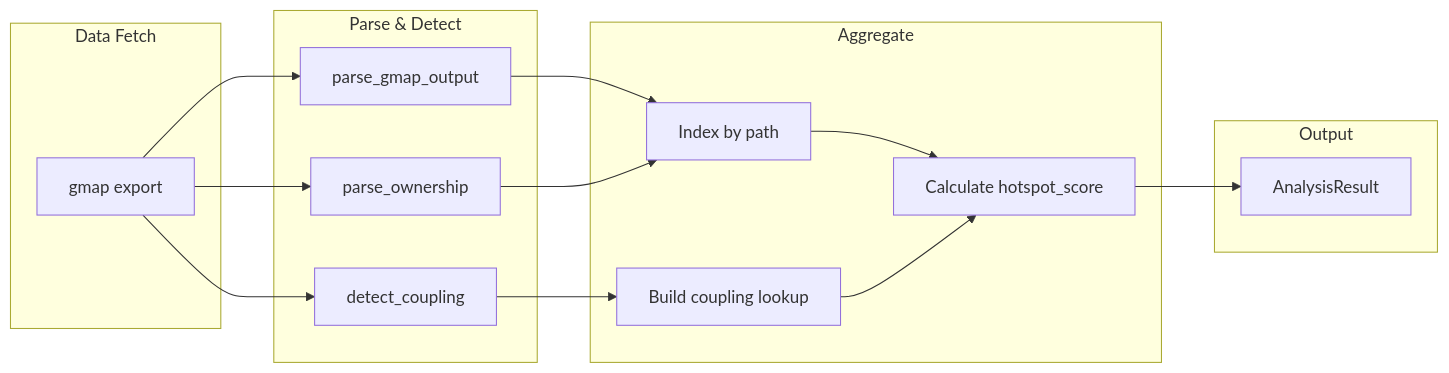
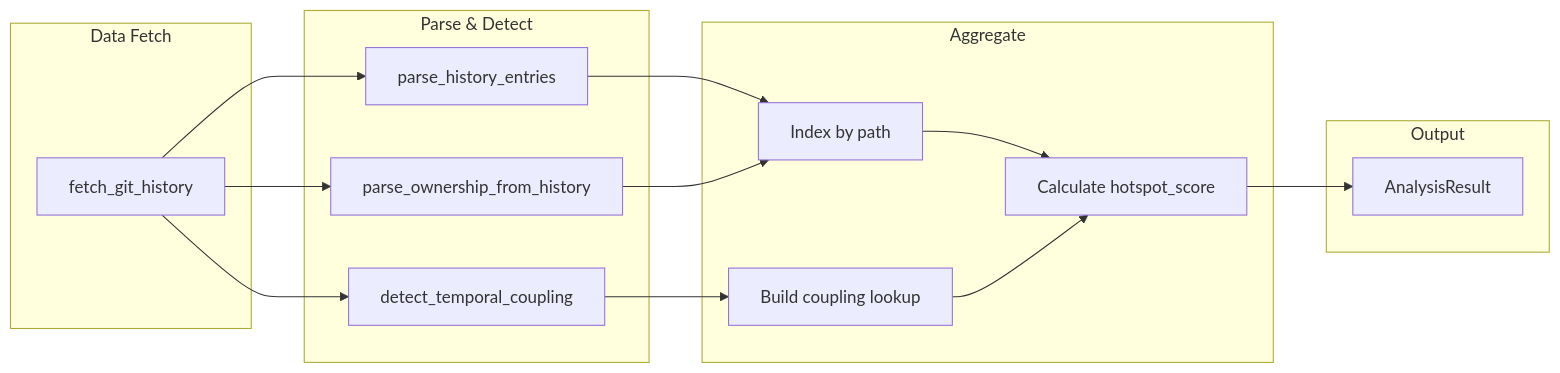
Before and after one commit to michael-denyer/black-box-unlock: the third of 5 diagrams in docs/CODEMAP.md, drawn with Mermaid. The commit also changed other lines of this file and 3 other files, not shown here.

First line of the commit message:
docs: describe the architecture that exists, correct signal formulas

````diff
--- a/docs/CODEMAP.md
+++ b/docs/CODEMAP.md
@@ -103,32 +104,32 @@
 ```mermaid
 flowchart LR
     subgraph Fetch["Data Fetch"]
-        Gmap[gmap export]
+        GitLog[fetch_git_history]
     end
 
     subgraph Parse["Parse & Detect"]
-        Churn[parse_gmap_output]
-        Owner[parse_ownership]
-        Couple[detect_coupling]
+        Churn[parse_history_entries]
+        Owner[parse_ownership_from_history]
+        Couple[detect_temporal_coupling]
     end
 
     subgraph Join["Aggregate"]
         Index[Index by path]
         Build[Build coupling lookup]
         Score[Calculate hotspot_score]
     end
 
     subgraph Out["Output"]
         Result[AnalysisResult]
     end
 
-    Gmap --> Churn
-    Gmap --> Owner
-    Gmap --> Couple
+    GitLog --> Churn
+    GitLog --> Owner
+    GitLog --> Couple
     Churn --> Index
     Owner --> Index
     Couple --> Build
     Index --> Score
     Build --> Score
     Score --> Result
 ```
````
